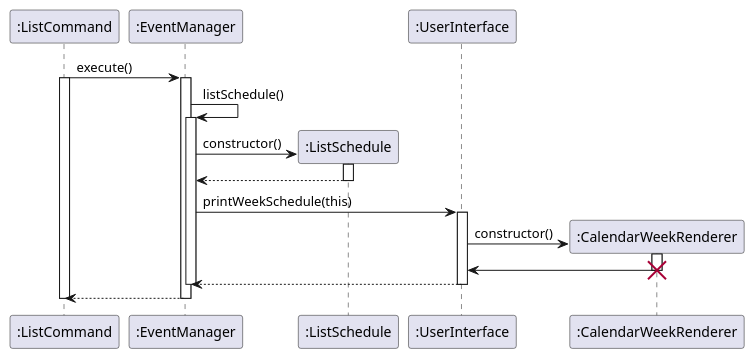
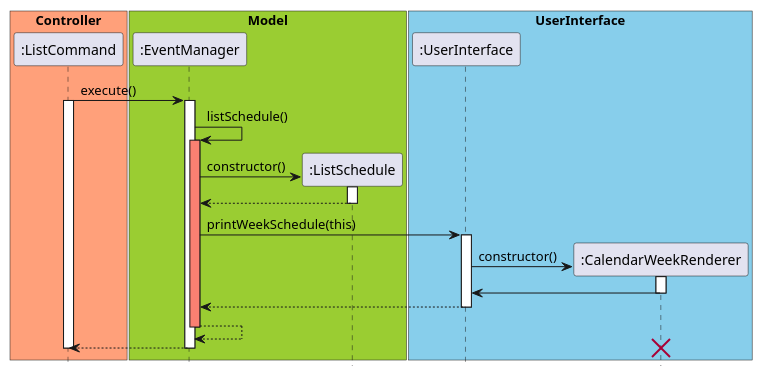
The diagram in docs/plantuml/ListWeekSequence.puml (untitle4/tp), drawn with PlantUML before and after one commit. The commit also changed 39 other files, not shown here.

Commit message:
Update developer guide diagram

```diff
--- a/docs/plantuml/ListWeekSequence.puml
+++ b/docs/plantuml/ListWeekSequence.puml
@@ -1,25 +1,42 @@
 @startuml
+hide footbox
+
+box "Controller" #LightSalmon
+participant ":ListCommand"
+end box
+
+box "Model" #YellowGreen
+participant ":EventManager"
+participant ":ListSchedule"
+end box
+
+box "UserInterface" #skyblue
+participant ":UserInterface"
+participant ":CalendarWeekRenderer"
+end box
 
 ":ListCommand" -> ":EventManager" : execute()
 activate ":ListCommand"
 activate ":EventManager"
 ":EventManager" -> ":EventManager" : listSchedule()
-activate ":EventManager"
+activate ":EventManager" #Salmon
 ":EventManager" -> ":ListSchedule"** : constructor()
 activate ":ListSchedule"
 ":ListSchedule" --> ":EventManager"
 deactivate ":ListSchedule"
 ":EventManager" -> ":UserInterface" : printWeekSchedule(this)
 activate ":UserInterface"
 ":UserInterface" -> ":CalendarWeekRenderer"** : constructor()
 activate ":CalendarWeekRenderer"
 ":CalendarWeekRenderer" -> ":UserInterface"
-destroy ":CalendarWeekRenderer"
+deactivate ":CalendarWeekRenderer"
 ":UserInterface" --> ":EventManager"
 deactivate ":UserInterface"
+":EventManager" --> ":EventManager"
 deactivate ":EventManager"
 ":EventManager" --> ":ListCommand"
 deactivate
 deactivate ":ListCommand"
+destroy ":CalendarWeekRenderer"
 
 @enduml
```
